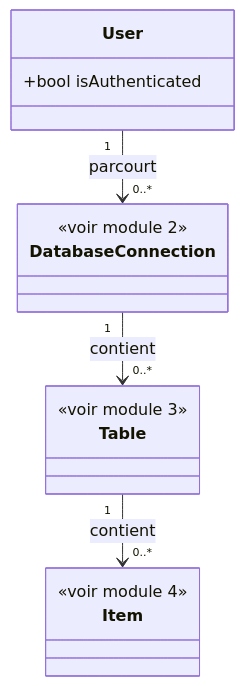
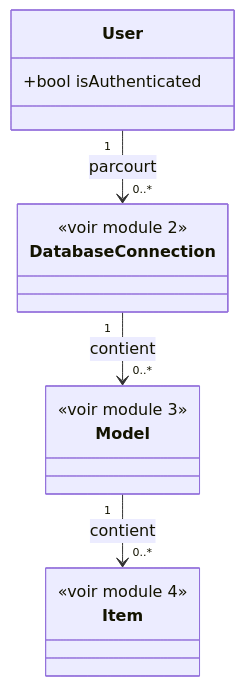
Before and after one commit to quatrebarbes/modelbase: the diagram in docs/sfd/1. Architecture générale.md, drawn with Mermaid. The commit also changed other lines of this file and 5 other files, not shown here.

Commit message:
Fonctionnel : ajustement SFD & roadmap

````diff
--- a/docs/sfd/1. Architecture générale.md
+++ b/docs/sfd/1. Architecture générale.md
@@ -15,22 +15,22 @@
 ```mermaid
 classDiagram
     class User {
         +bool isAuthenticated
     }
 
     class DatabaseConnection {
         <<voir module 2>>
     }
 
-    class Table {
+    class Model {
         <<voir module 3>>
     }
 
     class Item {
         <<voir module 4>>
     }
 
     User "1" --> "0..*" DatabaseConnection : parcourt
-    DatabaseConnection "1" --> "0..*" Table : contient
-    Table "1" --> "0..*" Item : contient
+    DatabaseConnection "1" --> "0..*" Model : contient
+    Model "1" --> "0..*" Item : contient
 ```
````
